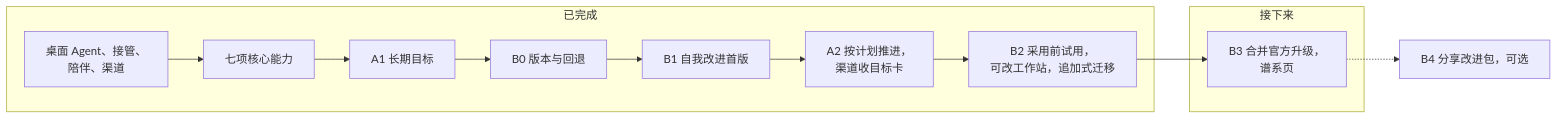
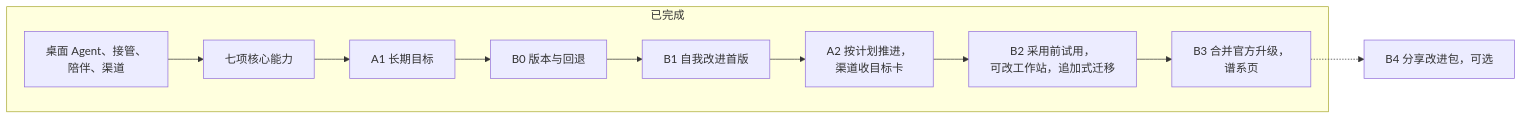
Before and after one commit to wudilyy999/owndesk: the third of 3 diagrams in README.zh-CN.md, drawn with Mermaid. The commit also changed other lines of this file and 23 other files, not shown here.

````diff
--- a/README.zh-CN.md
+++ b/README.zh-CN.md
@@ -256,16 +256,13 @@
 ```mermaid
 flowchart LR
     subgraph shipped[已完成]
         F[桌面 Agent、接管、<br/>陪伴、渠道] --> S7[七项核心能力]
         S7 --> A1[A1 长期目标]
         A1 --> B0[B0 版本与回退]
         B0 --> B1[B1 自我改进首版]
         B1 --> A2[A2 按计划推进，<br/>渠道收目标卡]
         A2 --> B2[B2 采用前试用，<br/>可改工作站，追加式迁移]
+        B2 --> B3[B3 合并官方升级，<br/>谱系页]
     end
-    subgraph upcoming[接下来]
-        B3[B3 合并官方升级，<br/>谱系页]
-    end
-    B2 --> B3
     B3 -.-> B4[B4 分享改进包，可选]
 ```
````
